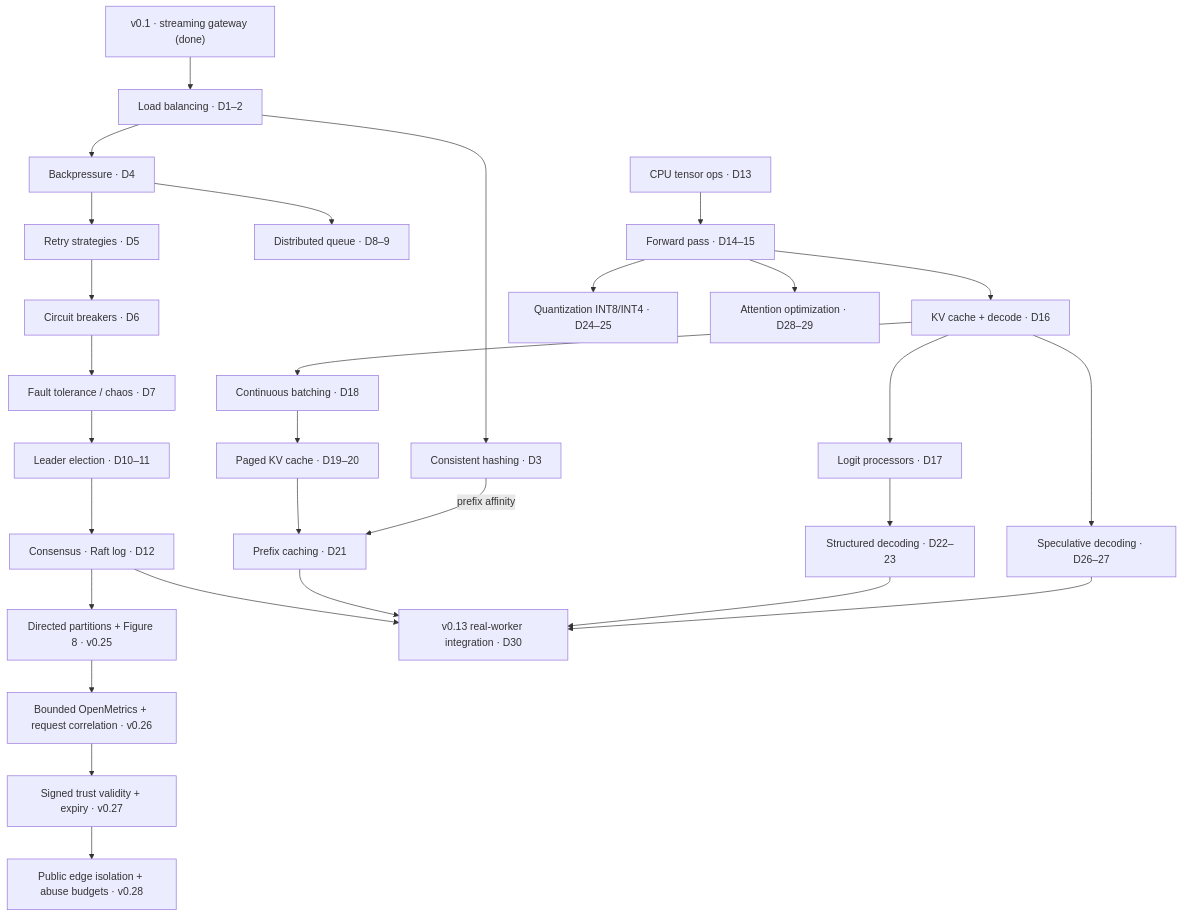
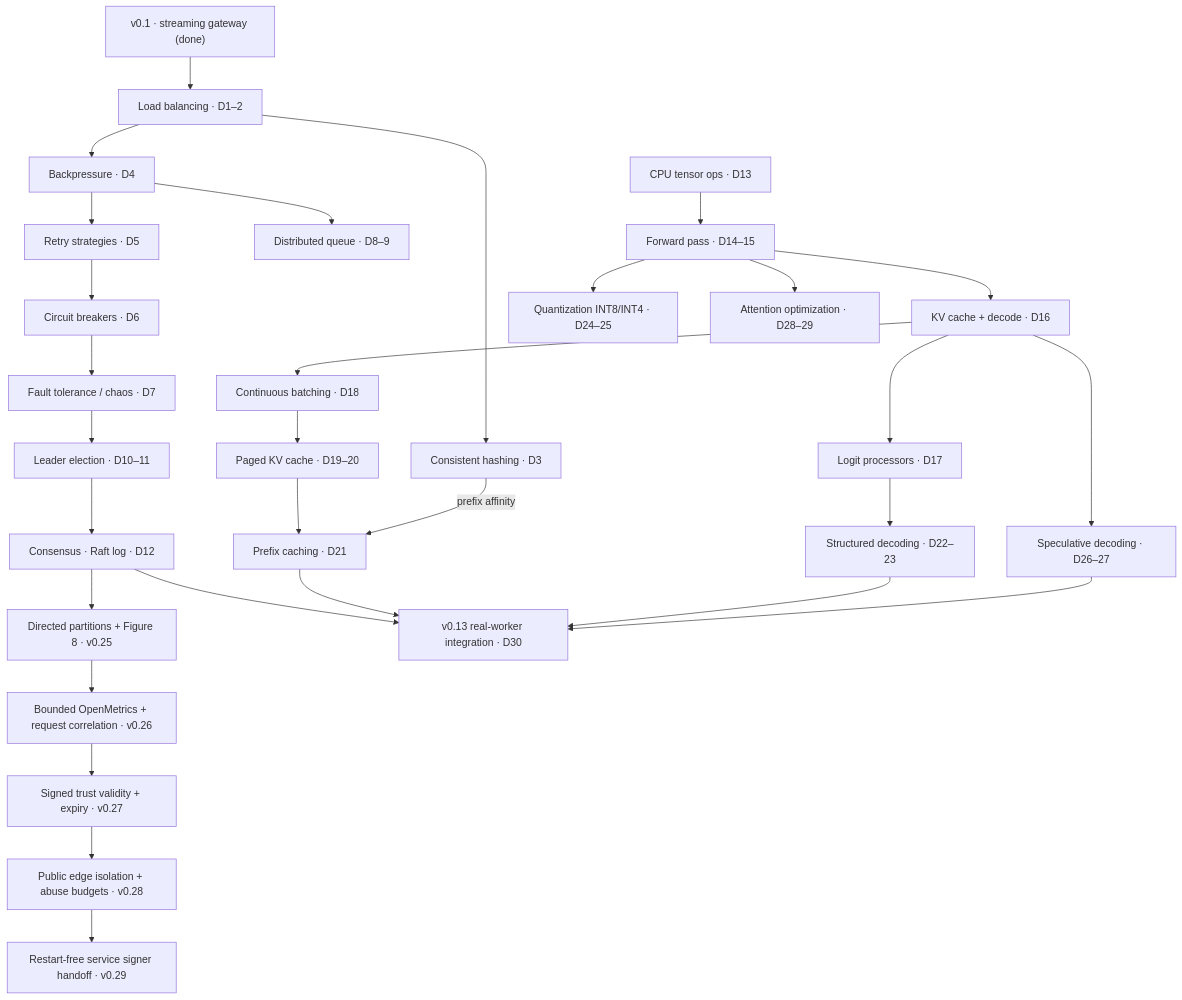
The first of 4 diagrams in docs/plan-30-days.md (conan505/inferLab), drawn with Mermaid before and after one commit. The commit also changed other lines of this file and 6 other files, not shown here.

Commit message:
docs(v0.29): document restart-free signer handoff

````diff
--- a/docs/plan-30-days.md
+++ b/docs/plan-30-days.md
@@ -11,32 +11,33 @@
 ```mermaid
 flowchart TD
     S["v0.1 · streaming gateway (done)"] --> LB["Load balancing · D1–2"]
     LB --> CH["Consistent hashing · D3"]
     LB --> BP["Backpressure · D4"]
     BP --> RT["Retry strategies · D5"]
     RT --> CB["Circuit breakers · D6"]
     CB --> FT["Fault tolerance / chaos · D7"]
     BP --> DQ["Distributed queue · D8–9"]
     FT --> LE["Leader election · D10–11"]
     LE --> CS["Consensus · Raft log · D12"]
     CS --> PART["Directed partitions + Figure 8 · v0.25"]
     PART --> OBS["Bounded OpenMetrics + request correlation · v0.26"]
     OBS --> EXP["Signed trust validity + expiry · v0.27"]
     EXP --> EDGE["Public edge isolation + abuse budgets · v0.28"]
+    EDGE --> HANDOFF["Restart-free service signer handoff · v0.29"]
 
     S2["CPU tensor ops · D13"] --> FP["Forward pass · D14–15"]
     FP --> KV["KV cache + decode · D16"]
     KV --> LP["Logit processors · D17"]
     KV --> CBATCH["Continuous batching · D18"]
     CBATCH --> PKV["Paged KV cache · D19–20"]
     PKV --> PC["Prefix caching · D21"]
     CH -->|prefix affinity| PC
     LP --> SD["Structured decoding · D22–23"]
     FP --> QZ["Quantization INT8/INT4 · D24–25"]
     KV --> SPEC["Speculative decoding · D26–27"]
     FP --> ATT["Attention optimization · D28–29"]
     CS --> INT["v0.13 real-worker integration · D30"]
     PC --> INT
     SD --> INT
     SPEC --> INT
 ```
````
